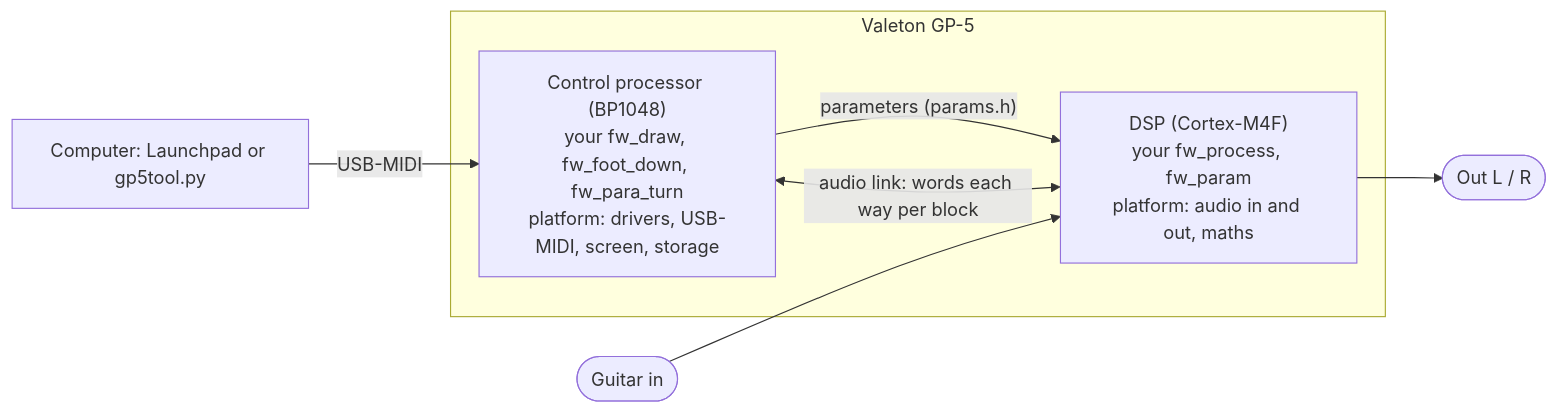
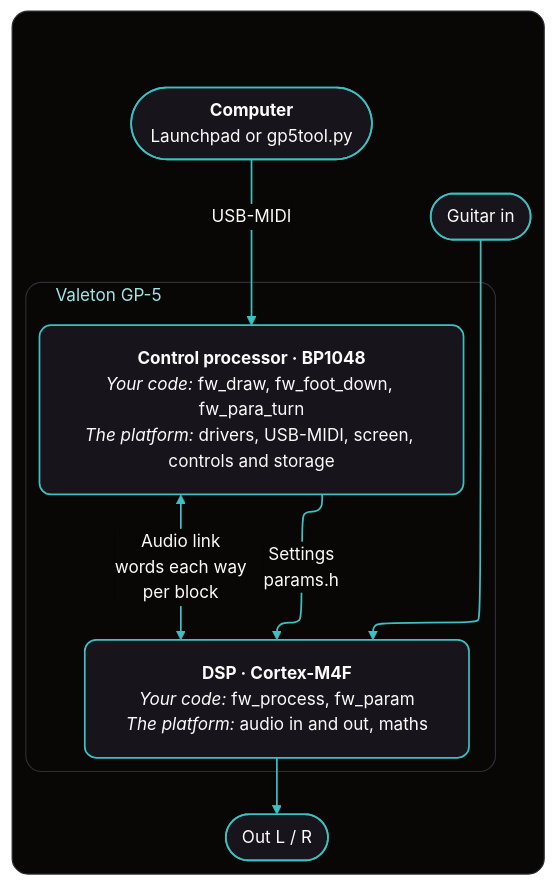
One commit to OpenGP5/OpenGP5 changed the diagram in README.md. Above: the diagram before and after it, drawn with Mermaid. The commit also changed other lines of this file and 136 other files, not shown here.

First line of the commit message:
OpenGP5 1.0.0: USB audio, Bluetooth MIDI, a stable API

````diff
--- a/README.md
+++ b/README.md
@@ -78,12 +78,70 @@
 ```mermaid
-flowchart LR
-    pc["Computer: Launchpad or gp5tool.py"] -- "USB-MIDI" --> ctl
-    subgraph pedal["Valeton GP-5"]
-        ctl["Control processor (BP1048)<br/>your fw_draw, fw_foot_down, fw_para_turn<br/>platform: drivers, USB-MIDI, screen, storage"]
-        dsp["DSP (Cortex-M4F)<br/>your fw_process, fw_param<br/>platform: audio in and out, maths"]
-        ctl -- "parameters (params.h)" --> dsp
-        dsp <-- "audio link: words each way per block" --> ctl
+---
+config:
+  look: classic
+  layout: elk
+  theme: "base"
+  fontFamily: "Atkinson Hyperlegible Next, system-ui, sans-serif"
+  themeVariables:
+    darkMode: true
+    background: "#090705"
+    fontFamily: "Atkinson Hyperlegible Next, system-ui, sans-serif"
+    fontSize: "15px"
+    primaryColor: "#17151b"
+    primaryTextColor: "#fffbfd"
+    primaryBorderColor: "#3cc0c1"
+    secondaryColor: "#17151b"
+    tertiaryColor: "#0f0f1a"
+    mainBkg: "#17151b"
+    nodeBorder: "#3cc0c1"
+    lineColor: "#3cc0c1"
+    textColor: "#fffbfd"
+    titleColor: "#fffbfd"
+    clusterBkg: "#0f0f1a"
+    clusterBorder: "#2c3036"
+    edgeLabelBackground: "#090705"
+  themeCSS: ".nodeLabel em { color: #9fe6e6; font-style: normal; } .nodeLabel strong { color: #fff; } .edgeLabel p, .edgeLabel span { color: #9fe6e6; font-size: 14px; }"
+  flowchart:
+    curve: "basis"
+    padding: 18
+    nodeSpacing: 48
+    rankSpacing: 64
+    wrappingWidth: 300
+    htmlLabels: true
+---
+%% Keep the original architecture and details; use orthogonal routing to separate links.
+flowchart TB
+    subgraph chart[" "]
+        direction TB
+        pc(["`**Computer**
+
+Launchpad or gp5tool.py`"])
+        guitar(["Guitar in"])
+
+        subgraph pedal["<div style='width:360px;text-align:left'>Valeton GP-5</div>"]
+            direction TB
+            ctl["`**Control processor · BP1048**
+
+_Your code:_ fw_draw, fw_foot_down, fw_para_turn
+
+_The platform:_ drivers, USB-MIDI, screen, controls and storage`"]
+            dsp["`**DSP · Cortex-M4F**
+
+_Your code:_ fw_process, fw_param
+
+_The platform:_ audio in and out, maths`"]
+
+            ctl -- "Settings<br/>params.h" --> dsp
+            ctl <-- "Audio link<br/>words each way<br/>per block" --> dsp
+        end
+
+        pc -- "USB-MIDI" --> ctl
+        guitar --> dsp
+        dsp --> out(["Out L / R"])
     end
-    guitar(["Guitar in"]) --> dsp
-    dsp --> out(["Out L / R"])
+
+    classDef default fill:#17151b,stroke:#3cc0c1,color:#fffbfd,stroke-width:1.5px,rx:10,ry:10;
+    style chart fill:#090705,stroke:#2c3036,rx:14,ry:14;
+    style pedal fill:#090705,stroke:#2c3036,color:#9fe6e6,rx:14,ry:14;
+    linkStyle default stroke:#3cc0c1,stroke-width:1.5px;
 ```
````
